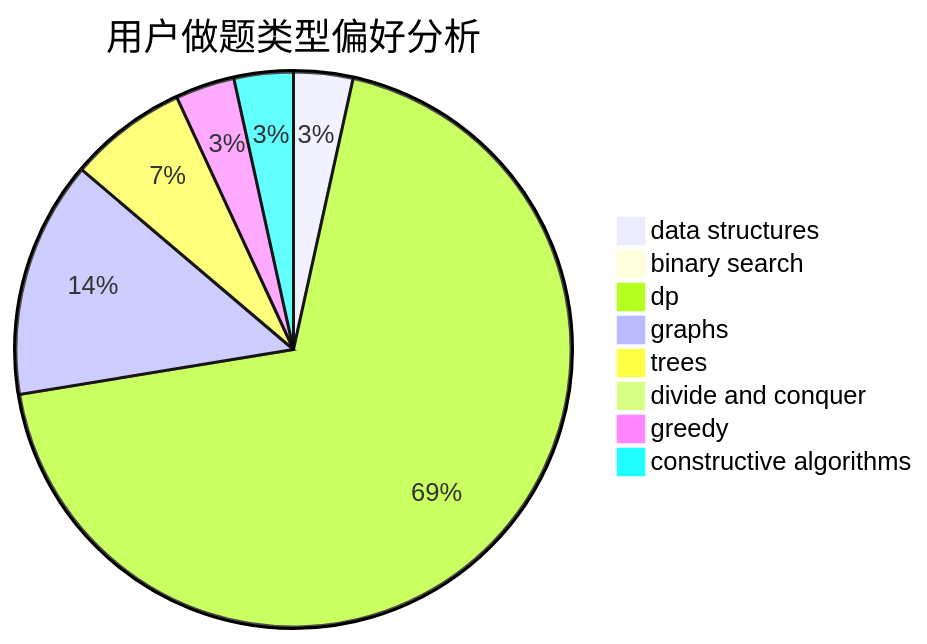
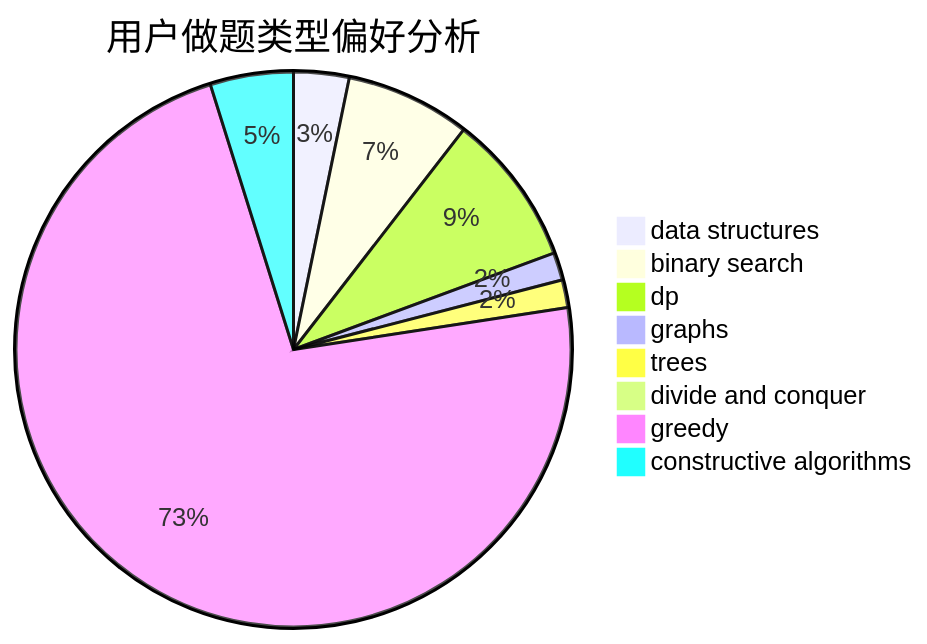
One commit to sherpahu/cfrs.github.io changed the second of 3 diagrams in docs/user/u2665.md. Above: the diagram before and after it, drawn with Mermaid. The commit also changed other lines of this file and 2770 other files, not shown here.

````diff
--- a/docs/user/u2665.md
+++ b/docs/user/u2665.md
@@ -23,11 +23,11 @@
 ```mermaid
 pie title 用户做题类型偏好分析
-    "data structures" :  1
-    "binary search" :  0
-    "dp" :  20
-    "graphs" :  4
+    "data structures" :  4
+    "binary search" :  9
+    "dp" :  11
+    "graphs" :  2
     "trees" :  2
     "divide and conquer" :  0
-    "greedy" :  1
-    "constructive algorithms" :  1
+    "greedy" :  90
+    "constructive algorithms" :  6
 ```
````
